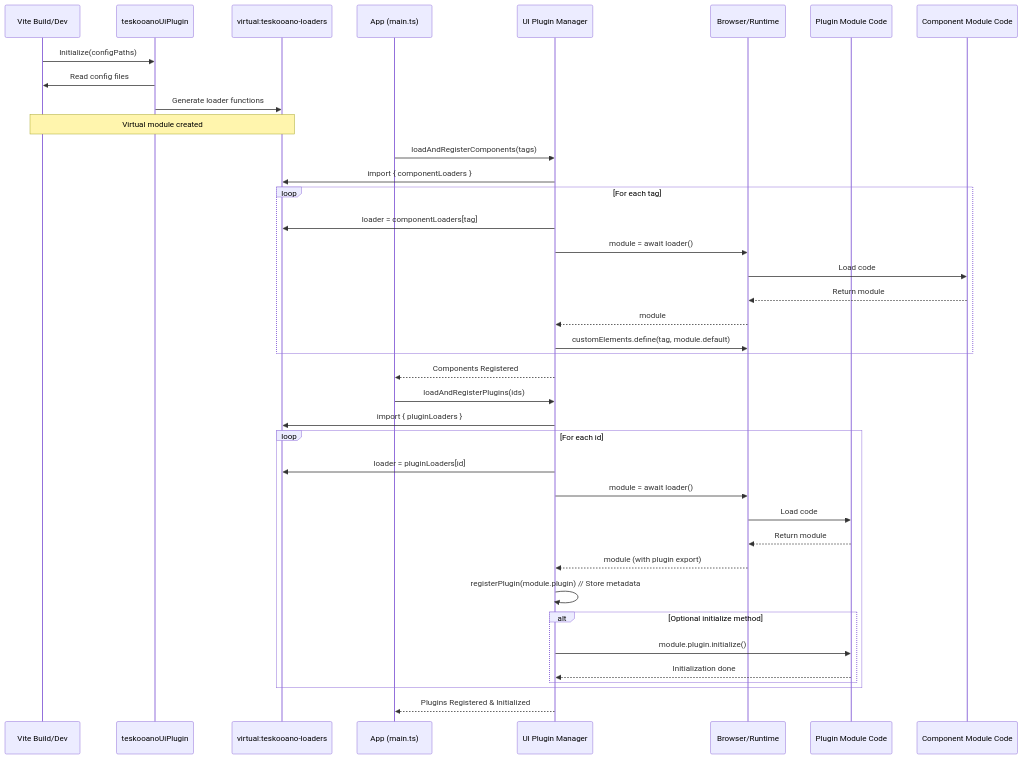
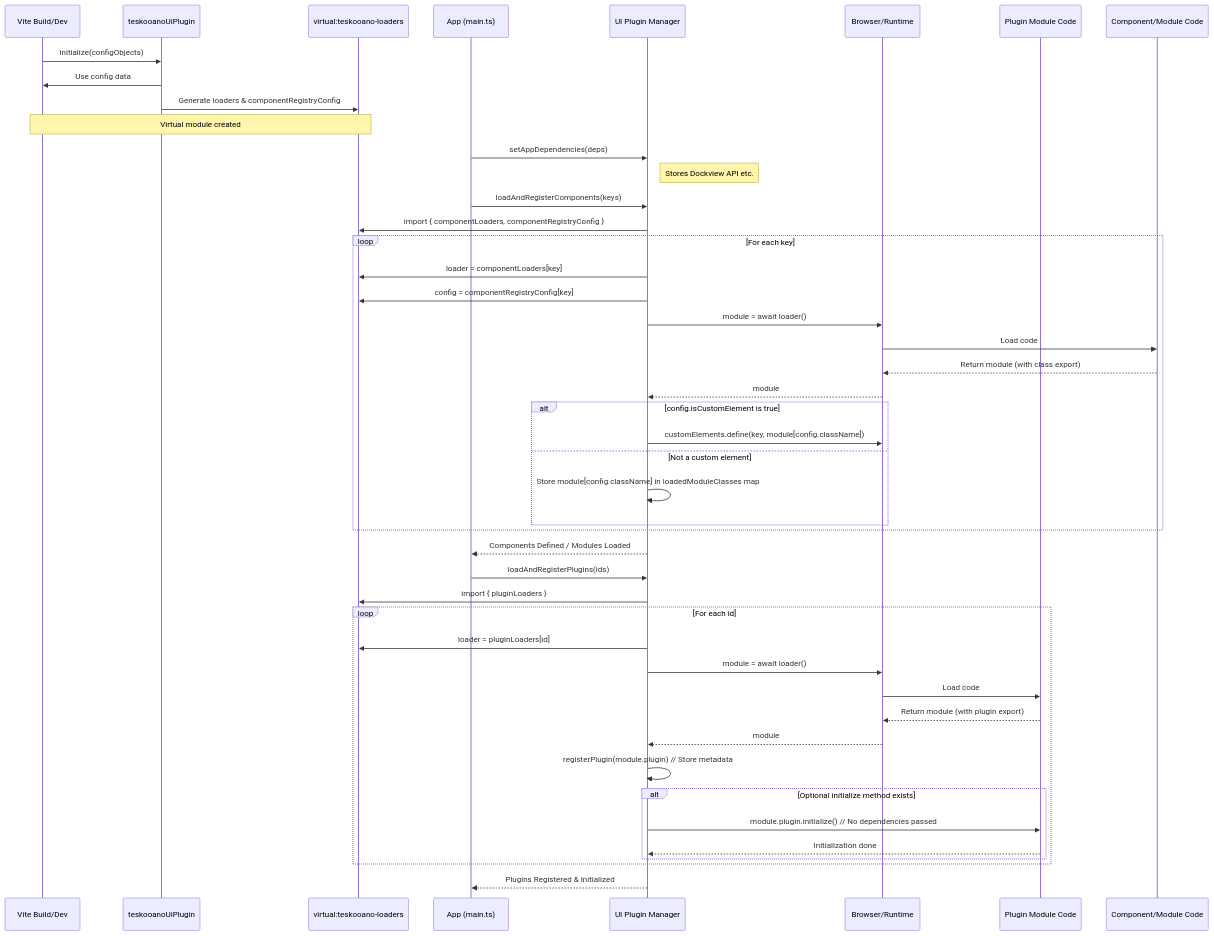
Before and after one commit to tanepiper/teskooano: the diagram in packages/app/ui-plugin/ARCHITECTURE.md, drawn with Mermaid. The commit also changed other lines of this file and 6 other files, not shown here.

````diff
--- a/packages/app/ui-plugin/ARCHITECTURE.md
+++ b/packages/app/ui-plugin/ARCHITECTURE.md
@@ -48,45 +53,53 @@
 ```mermaid
 sequenceDiagram
     participant ViteBuild as Vite Build/Dev
     participant TeskooanoPlugin as teskooanoUiPlugin
     participant VirtualModule as virtual:teskooano-loaders
     participant AppMain as App (main.ts)
     participant PluginManager as UI Plugin Manager
     participant Browser as Browser/Runtime
     participant PluginModule as Plugin Module Code
-    participant ComponentModule as Component Module Code
+    participant ComponentModule as Component/Module Code
 
-    ViteBuild->>TeskooanoPlugin: Initialize(configPaths)
-    TeskooanoPlugin->>ViteBuild: Read config files
-    TeskooanoPlugin->>VirtualModule: Generate loader functions
+    ViteBuild->>TeskooanoPlugin: Initialize(configObjects)
+    TeskooanoPlugin->>ViteBuild: Use config data
+    TeskooanoPlugin->>VirtualModule: Generate loaders & componentRegistryConfig
     Note over ViteBuild, VirtualModule: Virtual module created
 
-    AppMain->>PluginManager: loadAndRegisterComponents(tags)
-    PluginManager->>VirtualModule: import { componentLoaders }
-    loop For each tag
-        PluginManager->>VirtualModule: loader = componentLoaders[tag]
+    AppMain->>PluginManager: setAppDependencies(deps)
+    Note right of PluginManager: Stores Dockview API etc.
+
+    AppMain->>PluginManager: loadAndRegisterComponents(keys)
+    PluginManager->>VirtualModule: import { componentLoaders, componentRegistryConfig }
+    loop For each key
+        PluginManager->>VirtualModule: loader = componentLoaders[key]
+        PluginManager->>VirtualModule: config = componentRegistryConfig[key]
         PluginManager->>Browser: module = await loader()
         Browser->>ComponentModule: Load code
-        ComponentModule-->>Browser: Return module
+        ComponentModule-->>Browser: Return module (with class export)
         Browser-->>PluginManager: module
-        PluginManager->>Browser: customElements.define(tag, module.default)
+        alt config.isCustomElement is true
+             PluginManager->>Browser: customElements.define(key, module[config.className])
+        else Not a custom element
+             PluginManager->>PluginManager: Store module[config.className] in loadedModuleClasses map
+        end
     end
-    PluginManager-->>AppMain: Components Registered
+    PluginManager-->>AppMain: Components Defined / Modules Loaded
 
     AppMain->>PluginManager: loadAndRegisterPlugins(ids)
     PluginManager->>VirtualModule: import { pluginLoaders }
-     loop For each id
+    loop For each id
         PluginManager->>VirtualModule: loader = pluginLoaders[id]
         PluginManager->>Browser: module = await loader()
         Browser->>PluginModule: Load code
-        PluginModule-->>Browser: Return module
-        Browser-->>PluginManager: module (with plugin export)
+        PluginModule-->>Browser: Return module (with plugin export)
+        Browser-->>PluginManager: module
         PluginManager->>PluginManager: registerPlugin(module.plugin) // Store metadata
-        alt Optional initialize method
-            PluginManager->>PluginModule: module.plugin.initialize()
+        alt Optional initialize method exists
+            PluginManager->>PluginModule: module.plugin.initialize() // No dependencies passed
             PluginModule-->>PluginManager: Initialization done
         end
     end
     PluginManager-->>AppMain: Plugins Registered & Initialized
 
 ```
````
